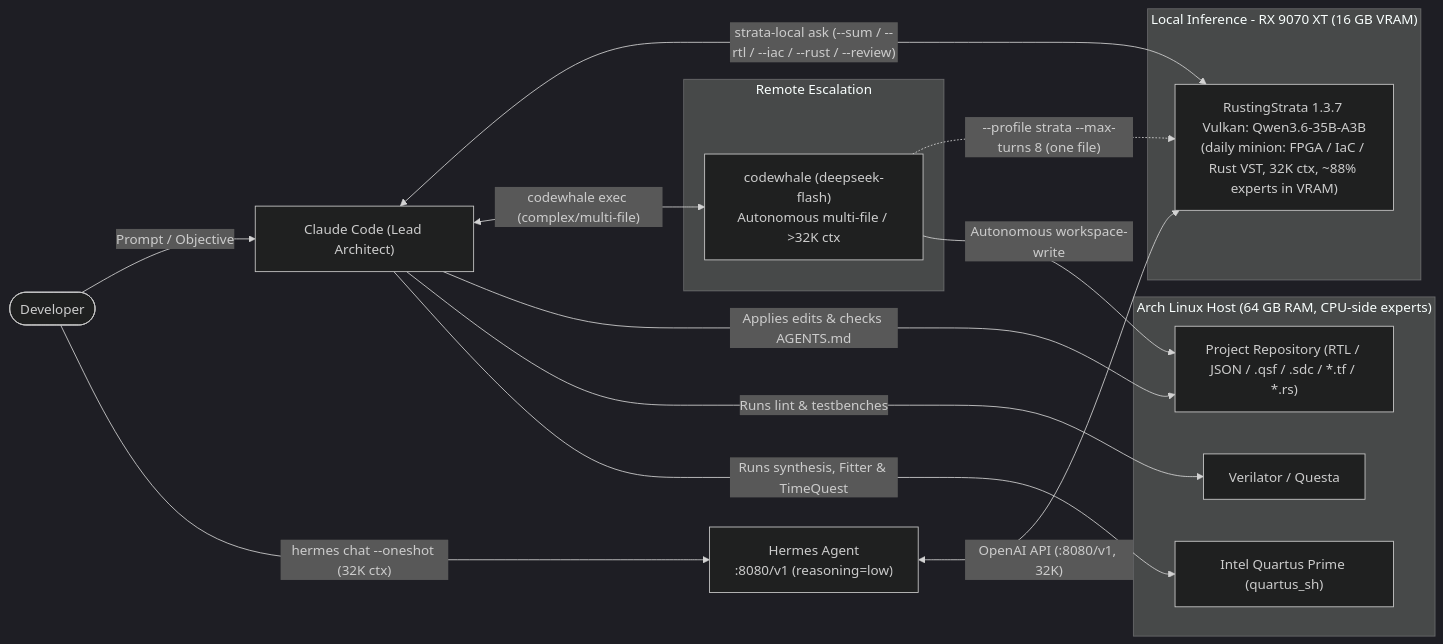
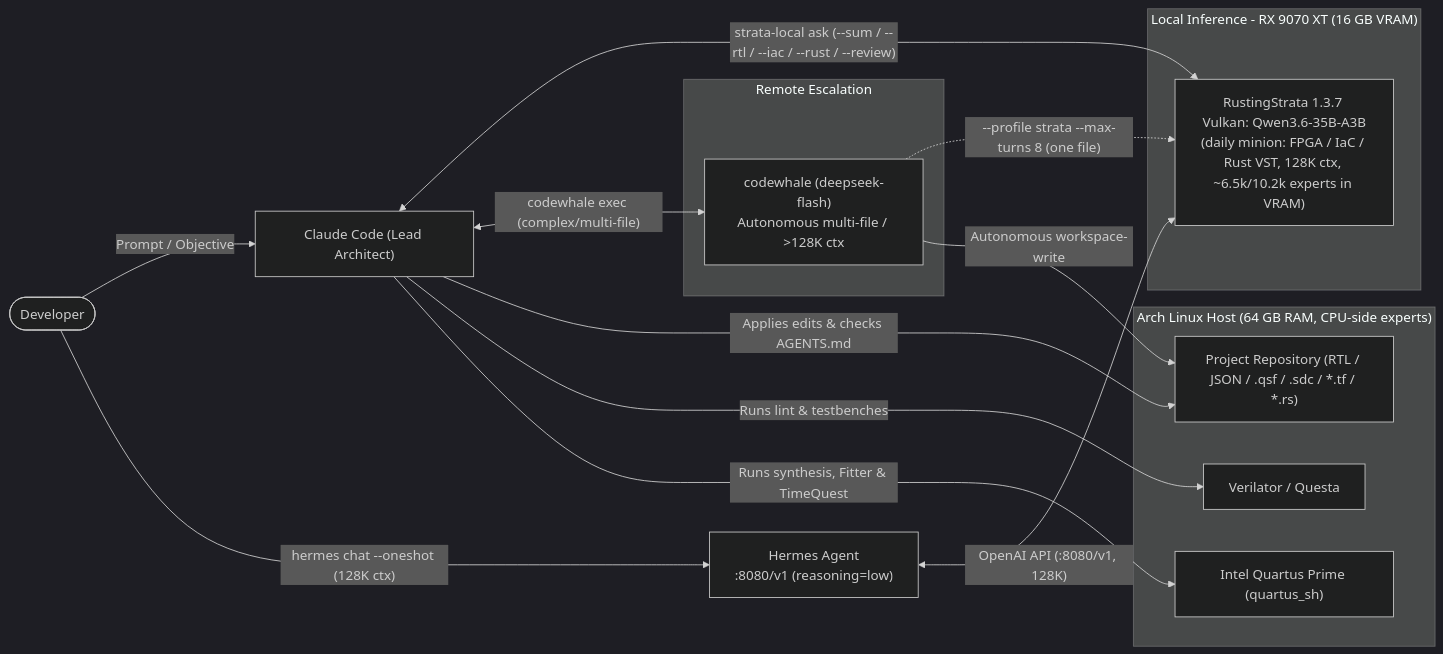
The first of 3 diagrams in docs/ai-fpga-workflow.md (DanimanX/9070FpgaIAWorkflow), drawn with Mermaid (dark theme) before and after one commit. The commit also changed other lines of this file and 7 other files, not shown here.

````diff
--- a/docs/ai-fpga-workflow.md
+++ b/docs/ai-fpga-workflow.md
@@ -16,28 +16,28 @@
 ```mermaid
 flowchart LR
     Dev(["Developer"]) -->|"Prompt / Objective"| Claude["Claude Code (Lead Architect)"]
-    Dev -->|"hermes chat --oneshot (32K ctx)"| Hermes["Hermes Agent<br/>:8080/v1 (reasoning=low)"]
+    Dev -->|"hermes chat --oneshot (128K ctx)"| Hermes["Hermes Agent<br/>:8080/v1 (reasoning=low)"]
 
     subgraph LocalGPU["Local Inference - RX 9070 XT (16 GB VRAM)"]
-        Strata["RustingStrata 1.3.7 Vulkan: Qwen3.6-35B-A3B<br/>(daily minion: FPGA / IaC / Rust VST, 32K ctx, ~88% experts in VRAM)"]
+        Strata["RustingStrata 1.3.7 Vulkan: Qwen3.6-35B-A3B<br/>(daily minion: FPGA / IaC / Rust VST, 128K ctx, ~6.5k/10.2k experts in VRAM)"]
     end
 
     subgraph CloudAPI["Remote Escalation"]
-        CW["codewhale (deepseek-flash)<br/>Autonomous multi-file / >32K ctx"]
+        CW["codewhale (deepseek-flash)<br/>Autonomous multi-file / >128K ctx"]
     end
 
     subgraph Toolchain["Arch Linux Host (64 GB RAM, CPU-side experts)"]
         FS["Project Repository (RTL / JSON / .qsf / .sdc / *.tf / *.rs)"]
         Sim["Verilator / Questa"]
         Quartus["Intel Quartus Prime (quartus_sh)"]
     end
 
-    Hermes <-->|"OpenAI API (:8080/v1, 32K)"| Strata
+    Hermes <-->|"OpenAI API (:8080/v1, 128K)"| Strata
     Claude <-->|"strata-local ask (--sum / --rtl / --iac / --rust / --review)"| Strata
     CW -.->|"--profile strata --max-turns 8 (one file)"| Strata
     Claude <-->|"codewhale exec (complex/multi-file)"| CW
     Claude -->|"Applies edits & checks AGENTS.md"| FS
     CW -->|"Autonomous workspace-write"| FS
     Claude -->|"Runs lint & testbenches"| Sim
     Claude -->|"Runs synthesis, Fitter & TimeQuest"| Quartus
 ```
````
